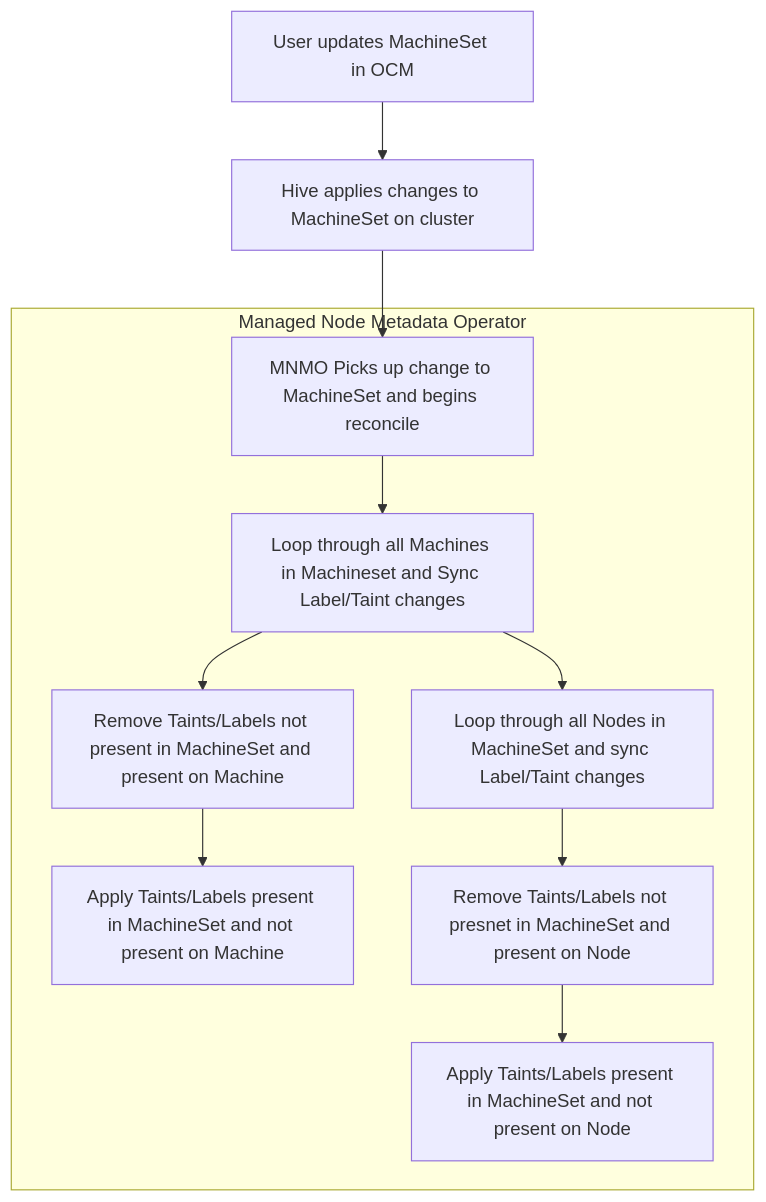
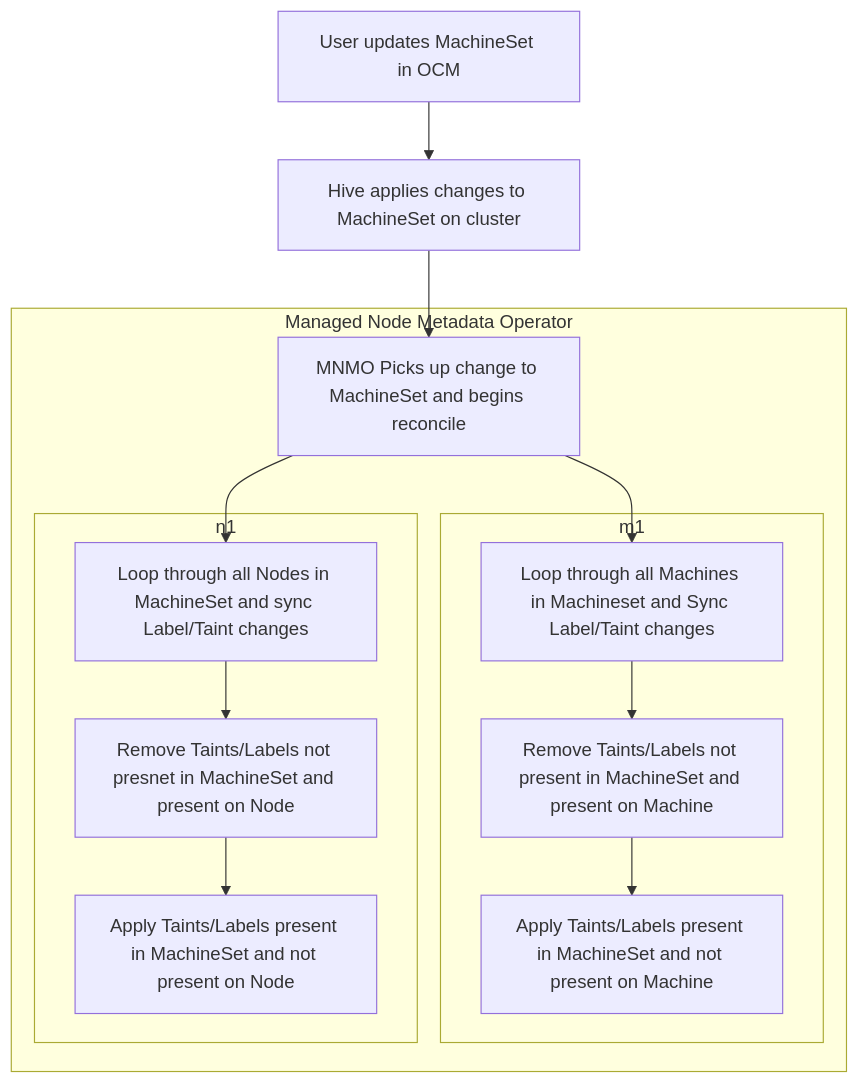
Before and after one commit to openshift/managed-node-metadata-operator: the diagram in README.md, drawn with Mermaid.

````diff
--- a/README.md
+++ b/README.md
@@ -11,13 +11,17 @@
 ```mermaid
 flowchart TD
-    A[User updates MachineSet in OCM] --> B[Hive applies changes to MachineSet on cluster];
+    A[User updates MachineSet in OCM] --> B[Hive applies changes to MachineSet on cluster]
     B --> C;
     subgraph Managed Node Metadata Operator
       C[MNMO Picks up change to MachineSet and begins reconcile] --> D[Loop through all Machines in Machineset and Sync Label/Taint changes];
-      D --> E[Remove Taints/Labels not present in MachineSet and present on Machine];
-      E --> F[Apply Taints/Labels present in MachineSet and not present on Machine];
-      D --> G[Loop through all Nodes in MachineSet and sync Label/Taint changes];
-      G --> H[Remove Taints/Labels not presnet in MachineSet and present on Node];
-      H --> I[Apply Taints/Labels present in MachineSet and not present on Node];
+      subgraph m1
+        D --> E[Remove Taints/Labels not present in MachineSet and present on Machine];
+        E --> F[Apply Taints/Labels present in MachineSet and not present on Machine];
+      end
+      C --> G[Loop through all Nodes in MachineSet and sync Label/Taint changes];
+      subgraph n1
+        G --> H[Remove Taints/Labels not presnet in MachineSet and present on Node];
+        H --> I[Apply Taints/Labels present in MachineSet and not present on Node];
+      end
     end
 ```
````
